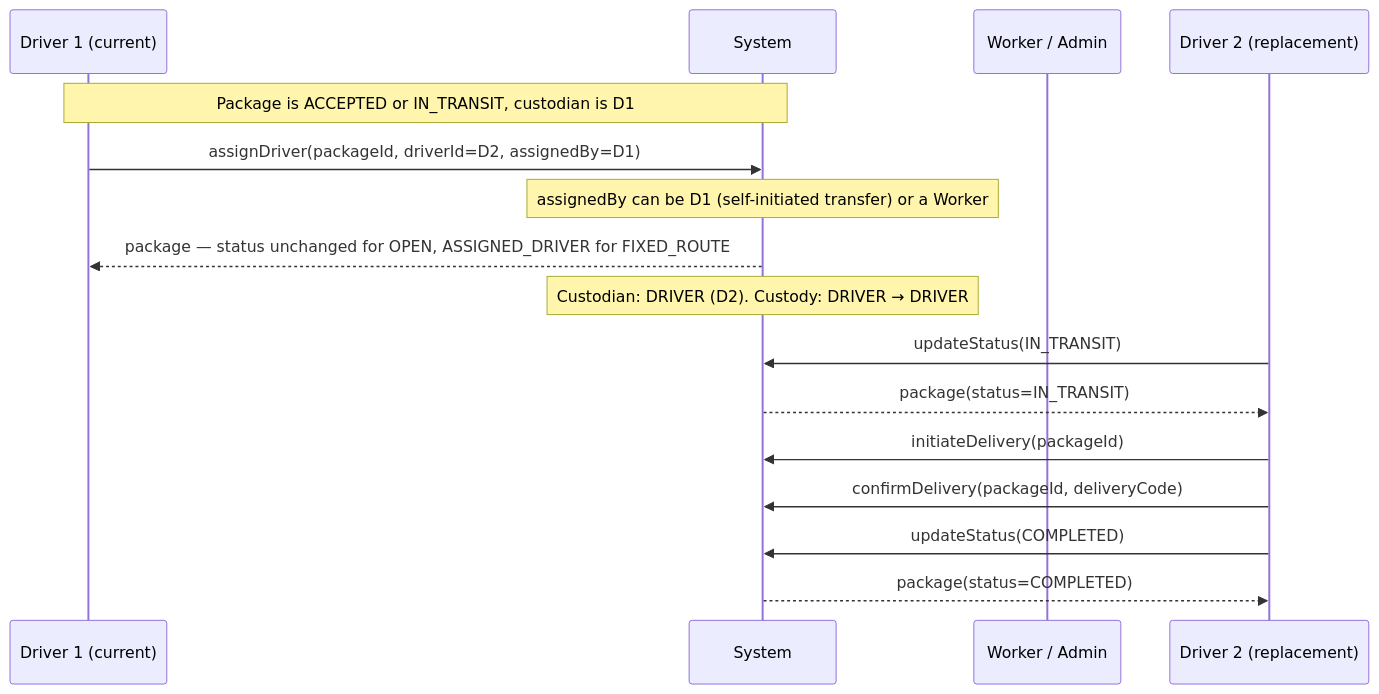
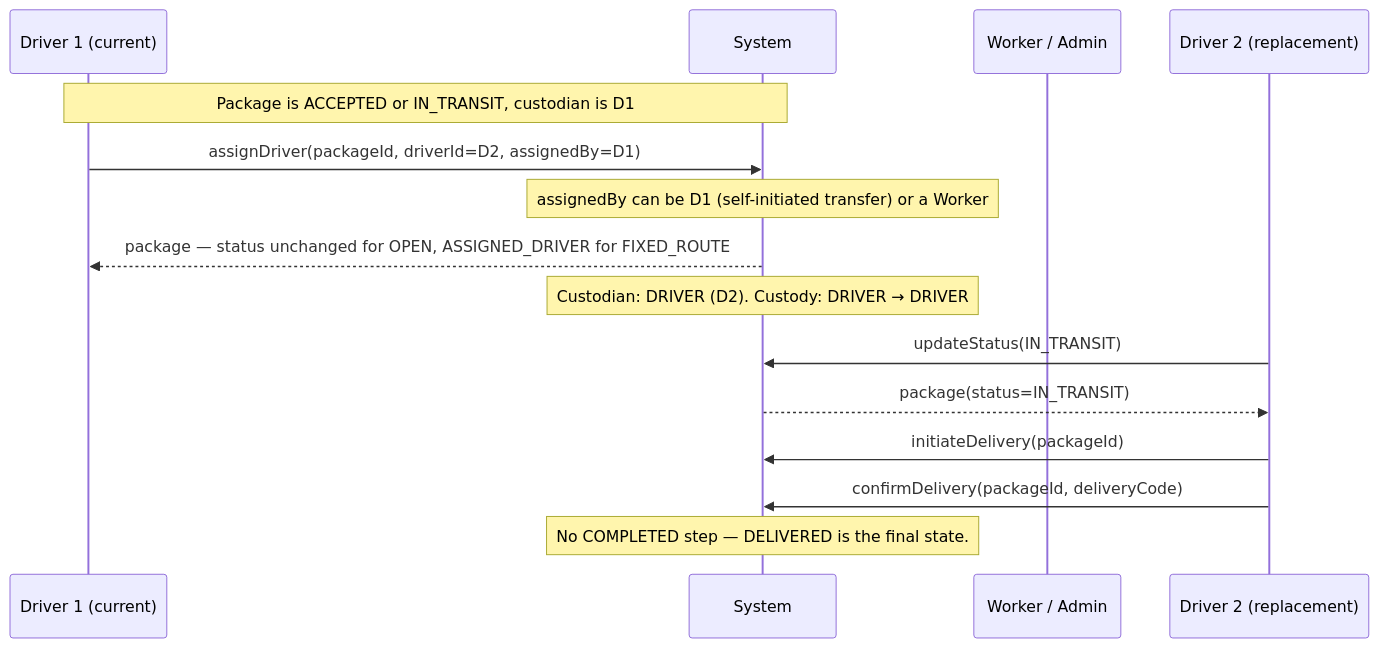
One commit to Genocadio/cavgobackend changed the seventh of 9 diagrams in ikuriyebackend/PACKAGE_FLOW.md. Above: the diagram before and after it, drawn with Mermaid. The commit also changed other lines of this file and 8 other files, not shown here.

````diff
--- a/ikuriyebackend/PACKAGE_FLOW.md
+++ b/ikuriyebackend/PACKAGE_FLOW.md
@@ -466,22 +479,21 @@
 ```mermaid
 sequenceDiagram
     participant D1 as Driver 1 (current)
     participant S as System
     participant W as Worker / Admin
     participant D2 as Driver 2 (replacement)
 
     Note over D1,S: Package is ACCEPTED or IN_TRANSIT, custodian is D1
 
     D1->>S: assignDriver(packageId, driverId=D2, assignedBy=D1)
     Note over S: assignedBy can be D1 (self-initiated transfer) or a Worker
     S-->>D1: package — status unchanged for OPEN, ASSIGNED_DRIVER for FIXED_ROUTE
     Note over S: Custodian: DRIVER (D2). Custody: DRIVER → DRIVER
 
     D2->>S: updateStatus(IN_TRANSIT)
     S-->>D2: package(status=IN_TRANSIT)
 
     D2->>S: initiateDelivery(packageId)
     D2->>S: confirmDelivery(packageId, deliveryCode)   # or sender/receiver
-    D2->>S: updateStatus(COMPLETED)
-    S-->>D2: package(status=COMPLETED)
+    Note over S: No COMPLETED step — DELIVERED is the final state.
 ```
````
